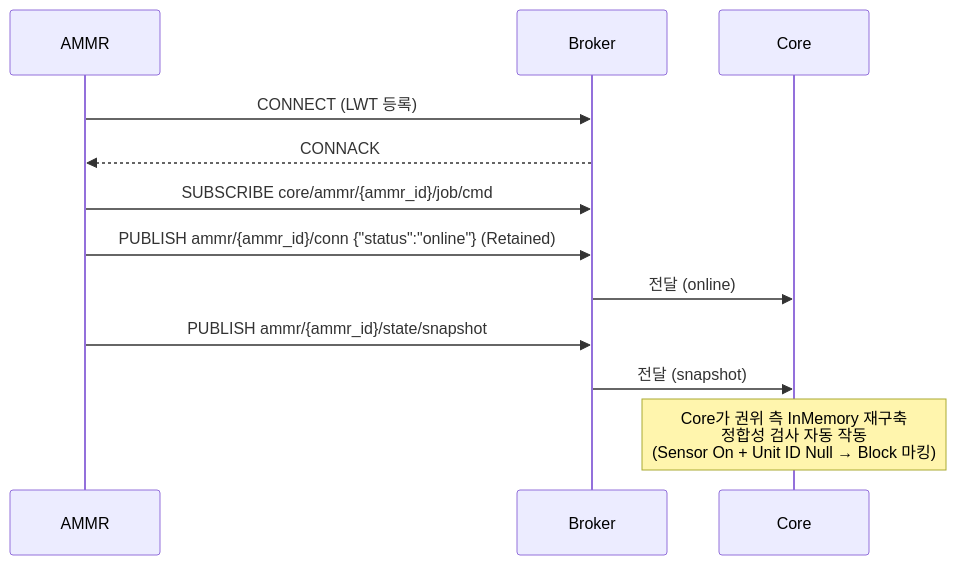
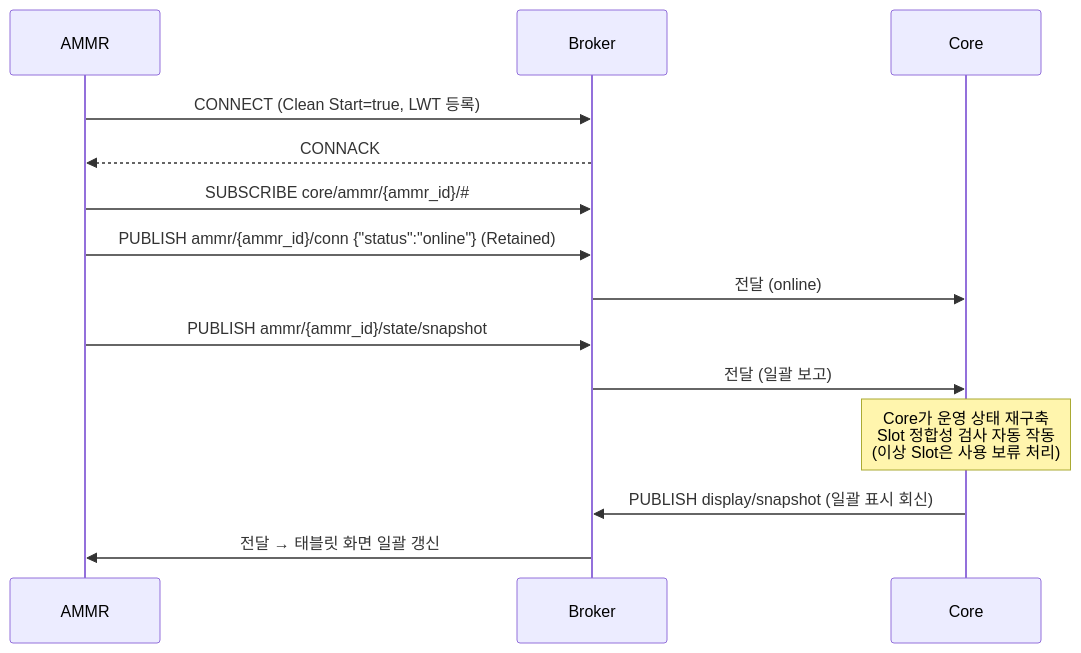
The fifth of 12 diagrams in docs/out/Core_ICD_AMMR.md (kimminsu0315/Core-Docs), drawn with Mermaid before and after one commit. The commit also changed other lines of this file and 7 other files, not shown here.

````diff
--- a/docs/out/Core_ICD_AMMR.md
+++ b/docs/out/Core_ICD_AMMR.md
@@ -661,15 +1029,17 @@
 ```mermaid
 sequenceDiagram
     participant A as AMMR
     participant B as Broker
     participant C as Core
 
-    A->>B: CONNECT (LWT 등록)
+    A->>B: CONNECT (Clean Start=true, LWT 등록)
     B-->>A: CONNACK
-    A->>B: SUBSCRIBE core/ammr/{ammr_id}/job/cmd
+    A->>B: SUBSCRIBE core/ammr/{ammr_id}/#35;
     A->>B: PUBLISH ammr/{ammr_id}/conn {"status":"online"} (Retained)
     B->>C: 전달 (online)
     A->>B: PUBLISH ammr/{ammr_id}/state/snapshot
-    B->>C: 전달 (snapshot)
-    Note over C: Core가 권위 측 InMemory 재구축<br/>정합성 검사 자동 작동<br/>(Sensor On + Unit ID Null → Block 마킹)
+    B->>C: 전달 (일괄 보고)
+    Note over C: Core가 운영 상태 재구축<br/>Slot 정합성 검사 자동 작동<br/>(이상 Slot은 사용 보류 처리)
+    C->>B: PUBLISH display/snapshot (일괄 표시 회신)
+    B->>A: 전달 → 태블릿 화면 일괄 갱신
 ```
````
